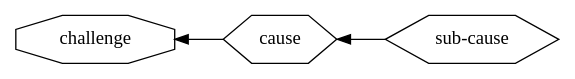
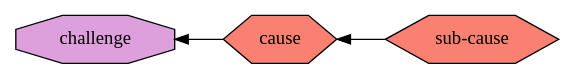
The fourth of 13 diagrams in Ethereum1x_definition.md (ledgerwatch/eth_state), drawn with Graphviz before and after one commit. The commit also changed other lines of this file, not shown here.

````diff
--- a/Ethereum1x_definition.md
+++ b/Ethereum1x_definition.md
@@ -39,10 +39,10 @@
 ```graphviz
 digraph causes {
 rankdir=LR;
-cause [shape="hexagon"];
-sub_cause [label="sub-cause" shape="hexagon"];
-challenge [shape="octagon"];
+cause [shape=hexagon style=filled fillcolor=salmon];
+sub_cause [label="sub-cause" shape=hexagon style=filled fillcolor=salmon];
+challenge [shape=octagon style=filled fillcolor=plum];
 challenge -> cause [dir=back];
 cause -> sub_cause [dir=back];
 }
 ```
````
